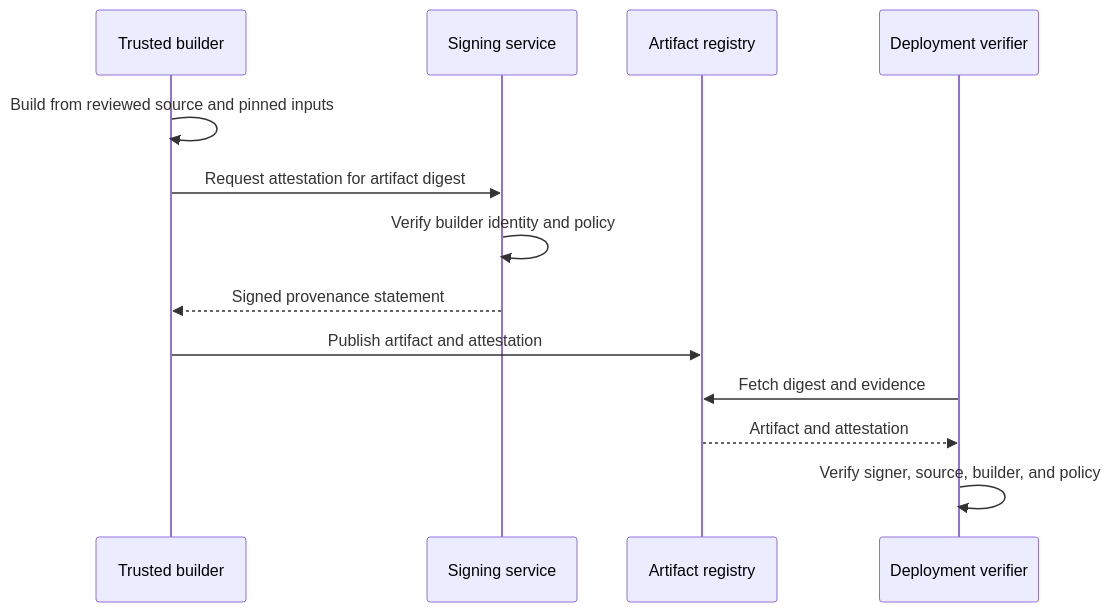
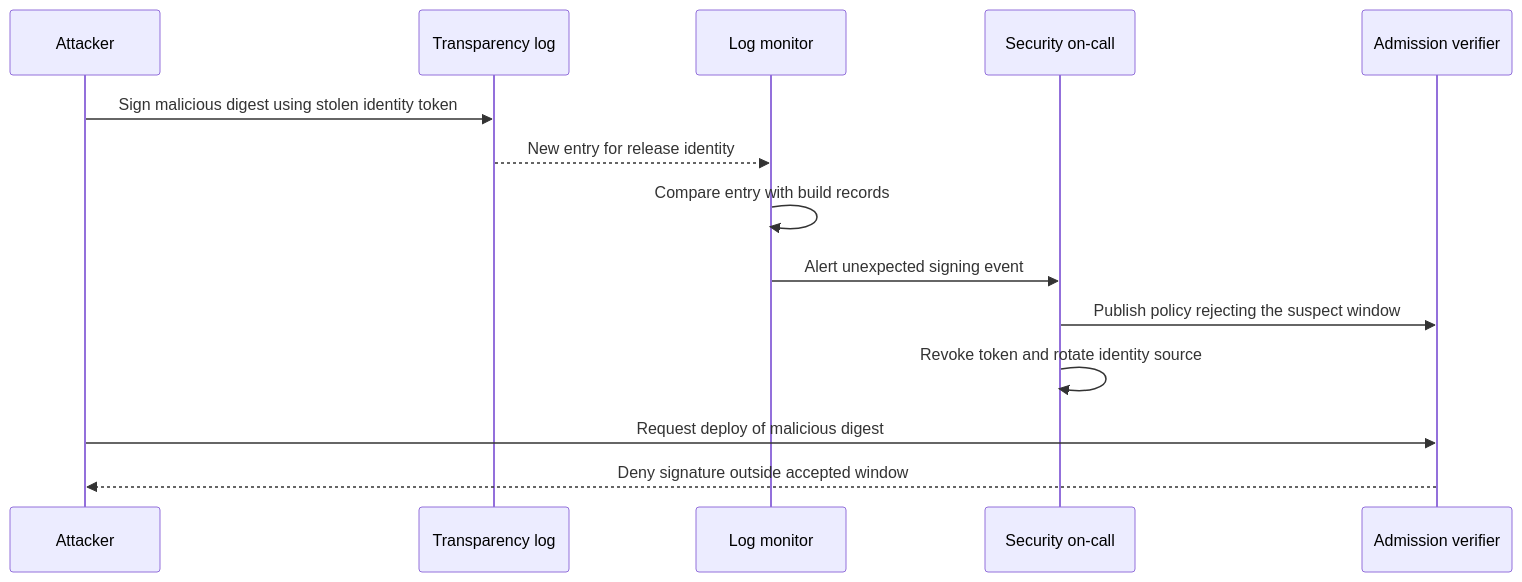
The tenth of 11 diagrams in 15_Security/CH15_Supply_Chain_Security.md (joydasss/Architect), drawn with Mermaid before and after one commit. The commit also changed other lines of this file and 295 other files, not shown here.

````diff
--- a/15_Security/CH15_Supply_Chain_Security.md
+++ b/15_Security/CH15_Supply_Chain_Security.md
@@ -47,15 +673,16 @@
 ```mermaid
 sequenceDiagram
-    participant Builder as Trusted builder
-    participant Signer as Signing service
-    participant Registry as Artifact registry
-    participant Deployer as Deployment verifier
-    Builder->>Builder: Build from reviewed source and pinned inputs
-    Builder->>Signer: Request attestation for artifact digest
-    Signer->>Signer: Verify builder identity and policy
-    Signer-->>Builder: Signed provenance statement
-    Builder->>Registry: Publish artifact and attestation
-    Deployer->>Registry: Fetch digest and evidence
-    Registry-->>Deployer: Artifact and attestation
-    Deployer->>Deployer: Verify signer, source, builder, and policy
+    participant X as Attacker
+    participant L as Transparency log
+    participant M as Log monitor
+    participant S as Security on-call
+    participant V as Admission verifier
+    X->>L: Sign malicious digest using stolen identity token
+    L-->>M: New entry for release identity
+    M->>M: Compare entry with build records
+    M->>S: Alert unexpected signing event
+    S->>V: Publish policy rejecting the suspect window
+    S->>S: Revoke token and rotate identity source
+    X->>V: Request deploy of malicious digest
+    V-->>X: Deny signature outside accepted window
 ```
````
